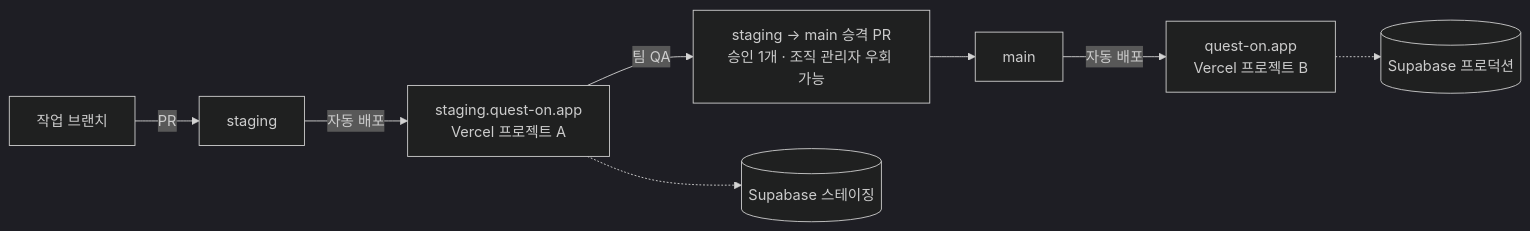
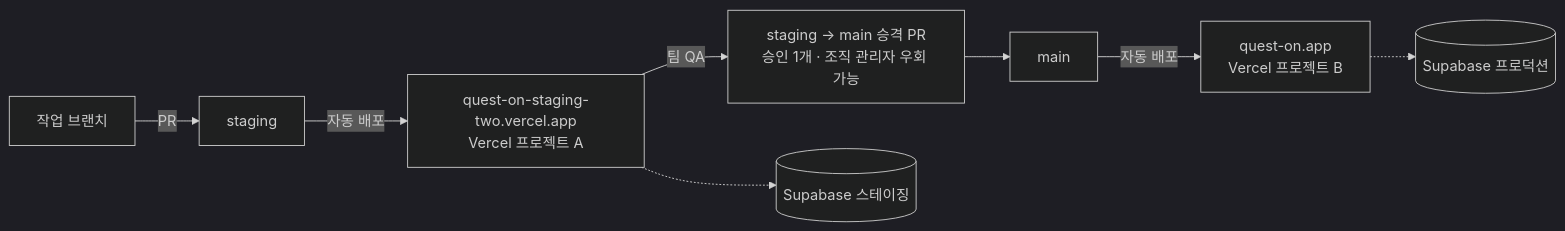
One commit to Quest-on/quest-on-mvp changed diagram 12 of 12 in ARCHITECTURE.md. Above: the diagram before and after it, drawn with Mermaid (dark theme). The commit also changed 7 other files, not shown here.

````diff
--- a/ARCHITECTURE.md
+++ b/ARCHITECTURE.md
@@ -414,11 +414,11 @@
 ```mermaid
 flowchart LR
     dev["작업 브랜치"] -->|PR| staging["staging"]
-    staging -->|자동 배포| stagingApp["staging.quest-on.app<br/>Vercel 프로젝트 A"]
+    staging -->|자동 배포| stagingApp["quest-on-staging-two.vercel.app<br/>Vercel 프로젝트 A"]
     stagingApp -->|팀 QA| release["staging → main 승격 PR<br/>승인 1개 · 조직 관리자 우회 가능"]
     release --> main["main"]
     main -->|자동 배포| prod["quest-on.app<br/>Vercel 프로젝트 B"]
 
     stagingApp -.-> sbStg[("Supabase 스테이징")]
     prod -.-> sbProd[("Supabase 프로덕션")]
 ```
````
